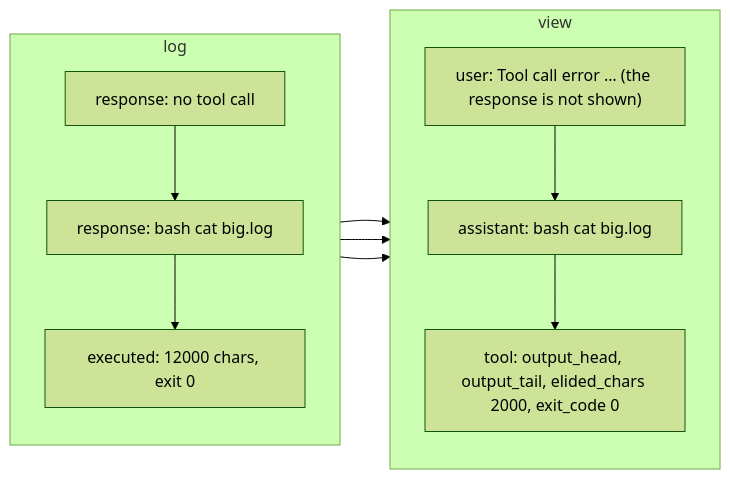
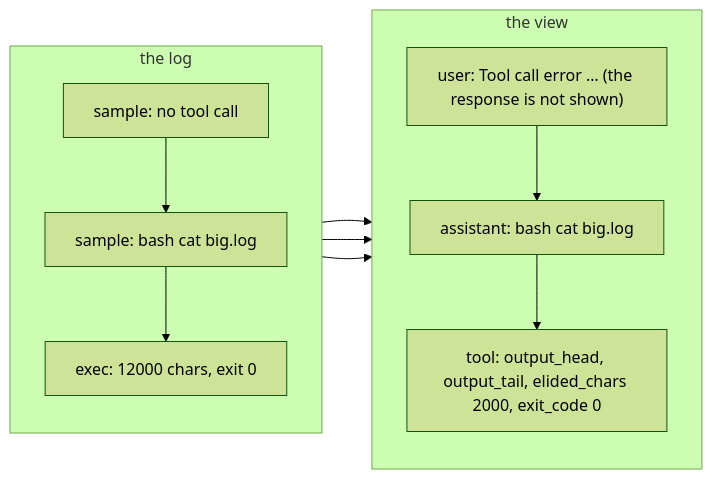
The first of 2 diagrams in docs/miniswe.md (pku-xht/alaya), drawn with Mermaid (forest theme) before and after one commit. The commit also changed other lines of this file and 117 other files, not shown here.

````diff
--- a/docs/miniswe.md
+++ b/docs/miniswe.md
@@ -130,20 +122,20 @@
 ```mermaid
 flowchart LR
-  subgraph L["log"]
+  subgraph L["the log"]
     direction TB
-    L1["response: no tool call"]
-    L2["response: bash cat big.log"]
-    L3["executed: 12000 chars, exit 0"]
+    L1["sample: no tool call"]
+    L2["sample: bash cat big.log"]
+    L3["exec: 12000 chars, exit 0"]
     L1 --> L2 --> L3
   end
-  subgraph V["view"]
+  subgraph V["the view"]
     direction TB
     V1["user: Tool call error … (the response is not shown)"]
     V2["assistant: bash cat big.log"]
     V3["tool: output_head, output_tail, elided_chars 2000, exit_code 0"]
     V1 --> V2 --> V3
   end
   L1 --> V1
   L2 --> V2
   L3 --> V3
 ```
````
